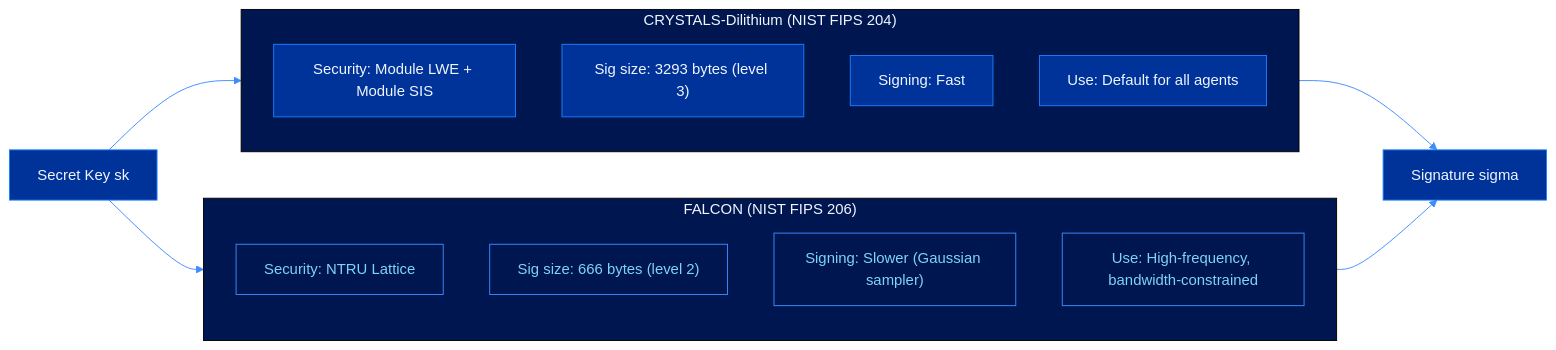
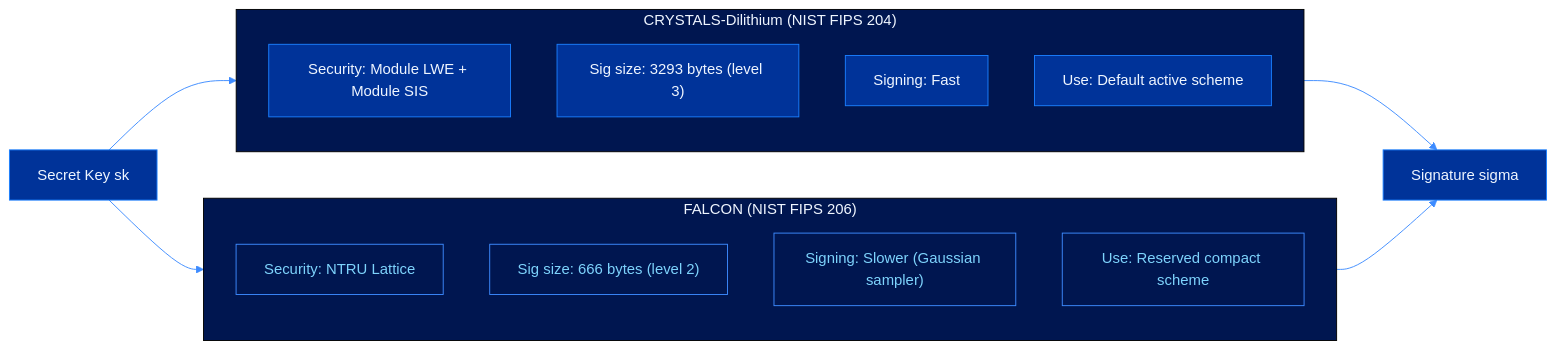
The first of 2 diagrams in docs/signatures.md (cevexlabs/cevex), drawn with Mermaid before and after one commit. The commit also changed other lines of this file and 36 other files, not shown here.

````diff
--- a/docs/signatures.md
+++ b/docs/signatures.md
@@ -9,37 +18,37 @@
 ```mermaid
 %%{init: {'theme': 'base', 'themeVariables': {'primaryColor': '#003399', 'primaryTextColor': '#eff6ff', 'primaryBorderColor': '#1a7fff', 'lineColor': '#3d8bff', 'secondaryColor': '#001650', 'tertiaryColor': '#000d20', 'clusterBkg': '#001650', 'titleColor': '#eff6ff', 'edgeLabelBackground': '#001650'}}}%%
 graph LR
     SK["Secret Key sk"]
 
     subgraph Dilithium["CRYSTALS-Dilithium (NIST FIPS 204)"]
         D1["Security: Module LWE + Module SIS"]
         D2["Sig size: 3293 bytes (level 3)"]
         D3["Signing: Fast"]
-        D4["Use: Default for all agents"]
+        D4["Use: Default active scheme"]
     end
 
     subgraph Falcon["FALCON (NIST FIPS 206)"]
         F1["Security: NTRU Lattice"]
         F2["Sig size: 666 bytes (level 2)"]
         F3["Signing: Slower (Gaussian sampler)"]
-        F4["Use: High-frequency, bandwidth-constrained"]
+        F4["Use: Reserved compact scheme"]
     end
 
     SIG["Signature sigma"]
 
     SK --> Dilithium
     SK --> Falcon
     Dilithium --> SIG
     Falcon --> SIG
 
     style SK fill:#003399,color:#eff6ff,stroke:#1a7fff
     style SIG fill:#003399,color:#eff6ff,stroke:#1a7fff
     style D1 fill:#003399,color:#eff6ff,stroke:#1a7fff
     style D2 fill:#003399,color:#eff6ff,stroke:#1a7fff
     style D3 fill:#003399,color:#eff6ff,stroke:#1a7fff
     style D4 fill:#003399,color:#eff6ff,stroke:#1a7fff
     style F1 fill:#001650,color:#7dd3fc,stroke:#3d8bff
     style F2 fill:#001650,color:#7dd3fc,stroke:#3d8bff
     style F3 fill:#001650,color:#7dd3fc,stroke:#3d8bff
     style F4 fill:#001650,color:#7dd3fc,stroke:#3d8bff
 ```
````
